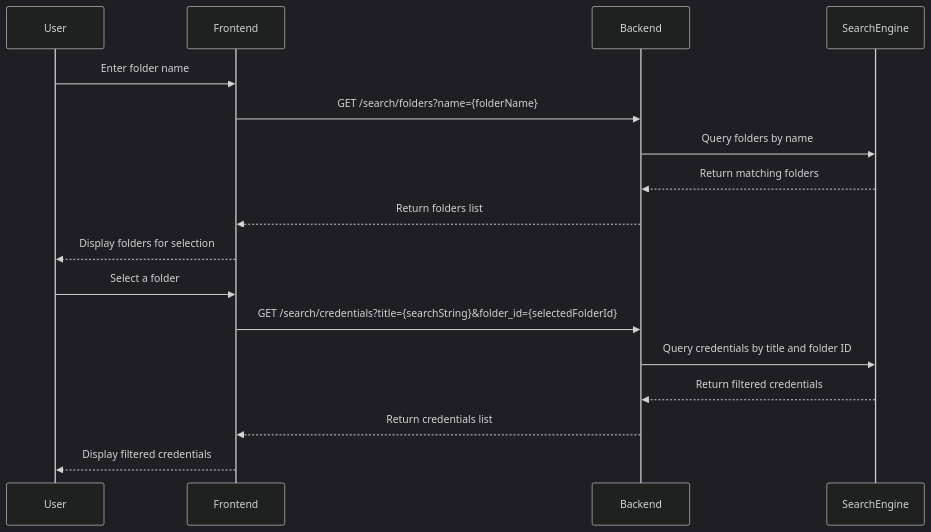
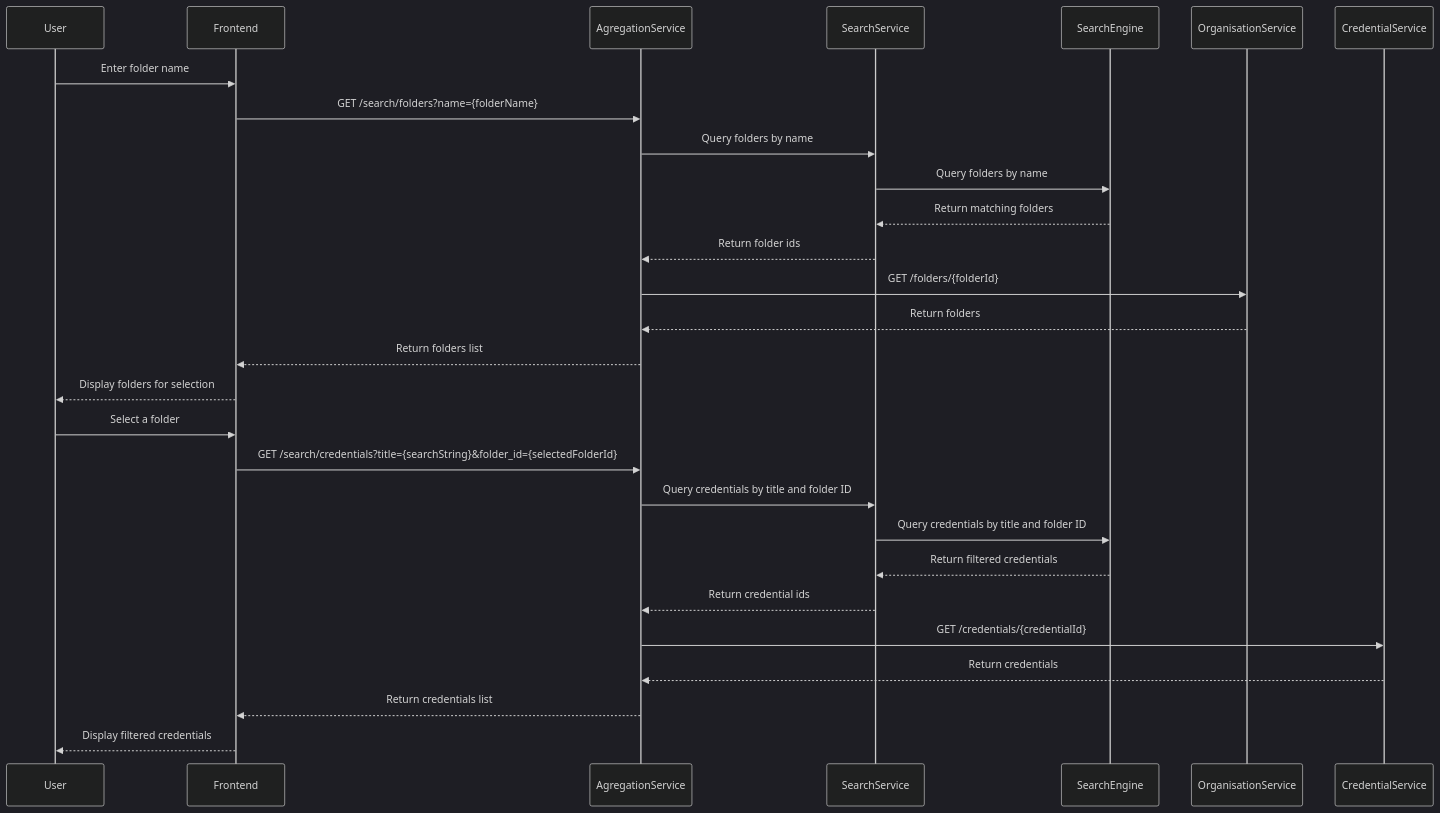
One commit to DO-2K23-26/polypass-archi-technique changed the fourth of 5 diagrams in src/drafts/search.adoc. Above: the diagram before and after it, drawn with Mermaid (dark theme). The commit also changed other lines of this file, not shown here.

First line of the commit message:
Docs/search api (#13)

```diff
--- a/src/drafts/search.adoc
+++ b/src/drafts/search.adoc
@@ -342,21 +397,32 @@
 [mermaid]
 ----
 sequenceDiagram
     participant User
     participant Frontend
-    participant Backend
+    participant AgregationService
+    participant SearchService
     participant SearchEngine
+    participant OrganisationService
+    participant CredentialService
 
     User->>Frontend: Enter folder name
-    Frontend->>Backend: GET /search/folders?name={folderName}
-    Backend->>SearchEngine: Query folders by name
-    SearchEngine-->>Backend: Return matching folders
-    Backend-->>Frontend: Return folders list
+    Frontend->>AgregationService: GET /search/folders?name={folderName}
+    AgregationService->>SearchService: Query folders by name
+    SearchService->>SearchEngine: Query folders by name
+    SearchEngine-->>SearchService: Return matching folders
+    SearchService-->>AgregationService: Return folder ids
+    AgregationService->>OrganisationService: GET /folders/{folderId}
+    OrganisationService-->>AgregationService: Return folders
+    AgregationService-->>Frontend: Return folders list
     Frontend-->>User: Display folders for selection
     User->>Frontend: Select a folder
-    Frontend->>Backend: GET /search/credentials?title={searchString}&folder_id={selectedFolderId}
-    Backend->>SearchEngine: Query credentials by title and folder ID
-    SearchEngine-->>Backend: Return filtered credentials
-    Backend-->>Frontend: Return credentials list
+    Frontend->>AgregationService: GET /search/credentials?title={searchString}&folder_id={selectedFolderId}
+    AgregationService->>SearchService: Query credentials by title and folder ID
+    SearchService->>SearchEngine: Query credentials by title and folder ID
+    SearchEngine-->>SearchService: Return filtered credentials
+    SearchService-->>AgregationService: Return credential ids
+    AgregationService->>CredentialService: GET /credentials/{credentialId}
+    CredentialService-->>AgregationService: Return credentials
+    AgregationService-->>Frontend: Return credentials list
     Frontend-->>User: Display filtered credentials
 ----
```
